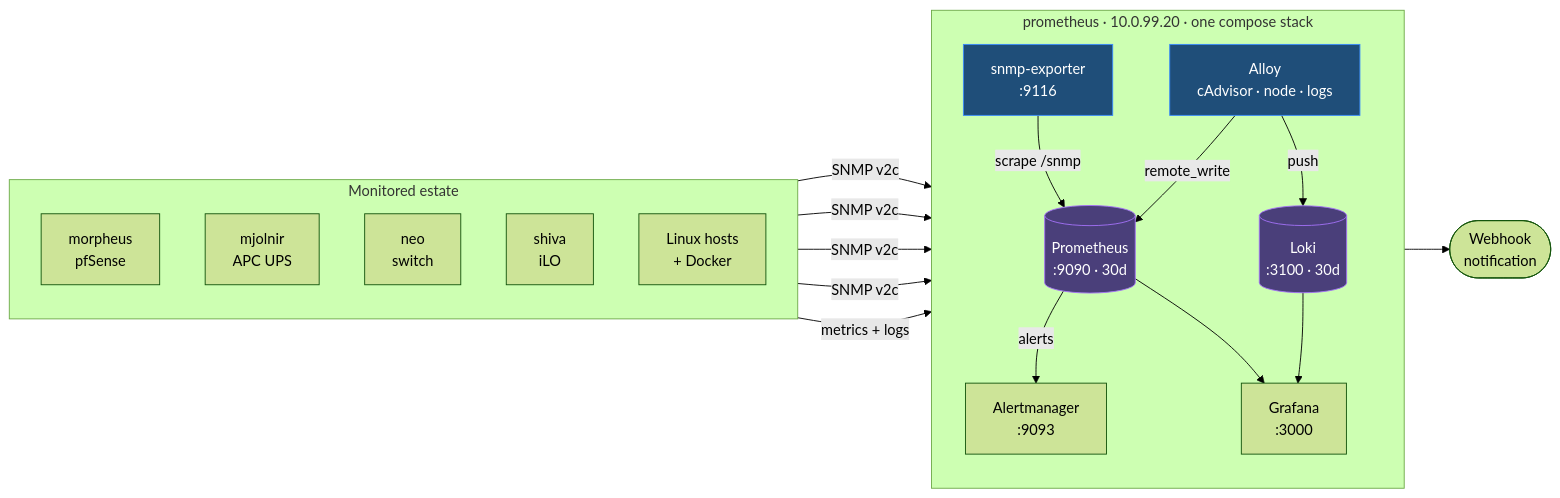
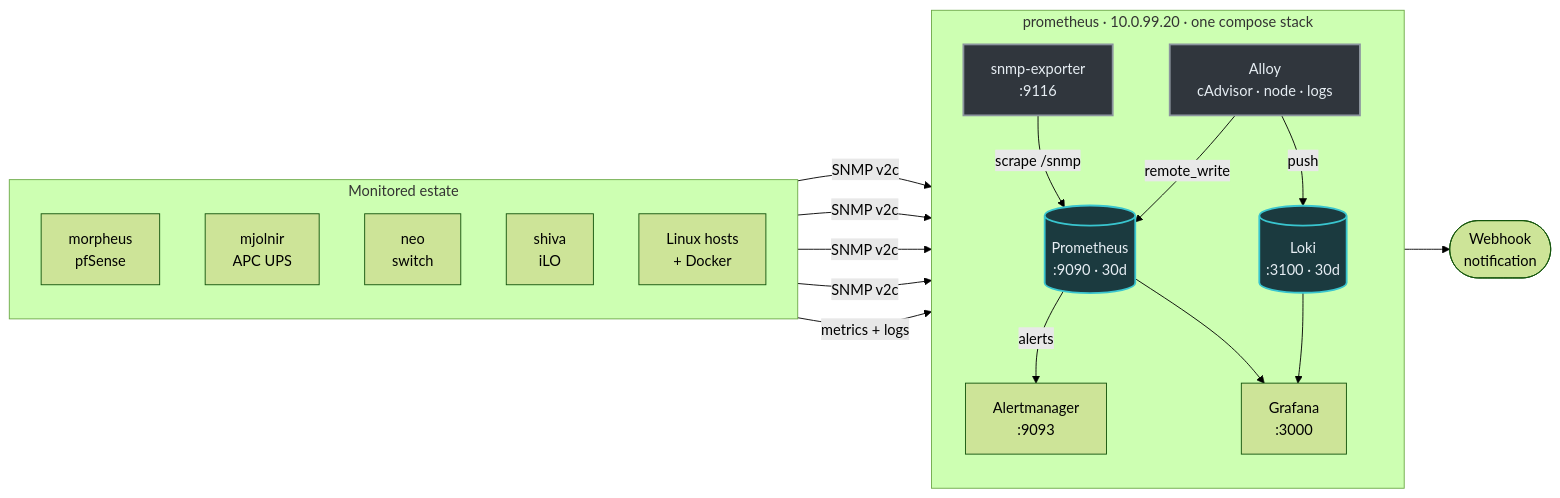
One commit to Gerrrt/HomeLab changed the second of 2 diagrams in docs/architecture.md. Above: the diagram before and after it, drawn with Mermaid (forest theme). The commit also changed other lines of this file and 9 other files, not shown here.

First line of the commit message:
docs: colour every VLAN reference to match the rack

````diff
--- a/docs/architecture.md
+++ b/docs/architecture.md
@@ -73,42 +101,46 @@
 ```mermaid
 graph LR
     subgraph Sources["Monitored estate"]
         direction TB
         PF["morpheus<br/>pfSense"]
         UPSD["mjolnir<br/>APC UPS"]
         SWD["neo<br/>switch"]
         ILO["shiva<br/>iLO"]
         HOSTS["Linux hosts<br/>+ Docker"]
     end
 
     subgraph Stack["prometheus · 10.0.99.20 · one compose stack"]
         direction TB
         SNMP["snmp-exporter<br/>:9116"]
         ALLOY["Alloy<br/>cAdvisor · node · logs"]
         PROM[("Prometheus<br/>:9090 · 30d")]
         LOKI[("Loki<br/>:3100 · 30d")]
         AM["Alertmanager<br/>:9093"]
         GRAF["Grafana<br/>:3000"]
     end
 
     OUT([Webhook<br/>notification])
 
     PF -->|SNMP v2c| SNMP
     UPSD -->|SNMP v2c| SNMP
     SWD -->|SNMP v2c| SNMP
     ILO -->|SNMP v2c| SNMP
     HOSTS -->|metrics + logs| ALLOY
 
     SNMP -->|scrape /snmp| PROM
     ALLOY -->|remote_write| PROM
     ALLOY -->|push| LOKI
     PROM -->|alerts| AM
     AM --> OUT
     PROM --> GRAF
     LOKI --> GRAF
 
-    classDef store fill:#4a3f7a,stroke:#a371f7,color:#fff
-    classDef agent fill:#1f4e79,stroke:#388bfd,color:#fff
+    %% Deliberately outside the VLAN palette — this diagram is about data
+    %% paths, not segments, and reusing a cable colour here would read as a
+    %% claim about which segment a component is on. Grey means the same thing
+    %% in both diagrams: plumbing. No dashes — that means "terminal" now.
+    classDef store fill:#1b3a3f,stroke:#39c5cf,color:#e6edf3,stroke-width:2px
+    classDef agent fill:#30363d,stroke:#8b949e,color:#e6edf3,stroke-width:2px
     class PROM,LOKI store
     class SNMP,ALLOY agent
 ```
````
